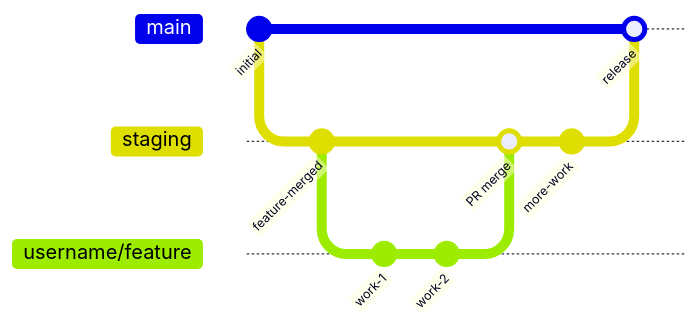
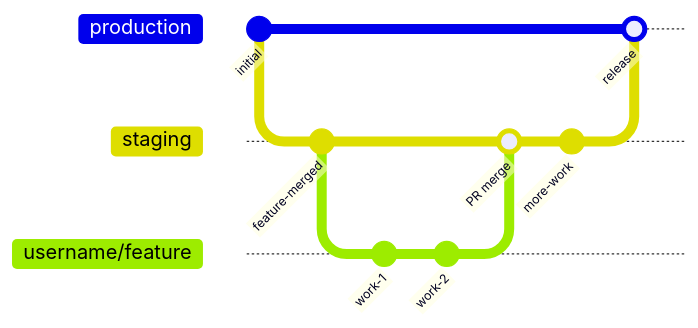
The fifth of 7 diagrams in GETTING-STARTED.md (tecapps/affirm), drawn with Mermaid before and after one commit. The commit also changed other lines of this file, not shown here.

````diff
--- a/GETTING-STARTED.md
+++ b/GETTING-STARTED.md
@@ -453,18 +456,23 @@
 ```mermaid
+---
+config:
+  gitGraph:
+    mainBranchName: production
+---
 gitGraph
     commit id: "initial"
     branch staging
     checkout staging
     commit id: "feature-merged"
 
     branch "username/feature"
     checkout "username/feature"
     commit id: "work-1"
     commit id: "work-2"
     checkout staging
     merge "username/feature" id: "PR merge"
     commit id: "more-work"
 
-    checkout main
+    checkout production
     merge staging id: "release"
 ```
````
